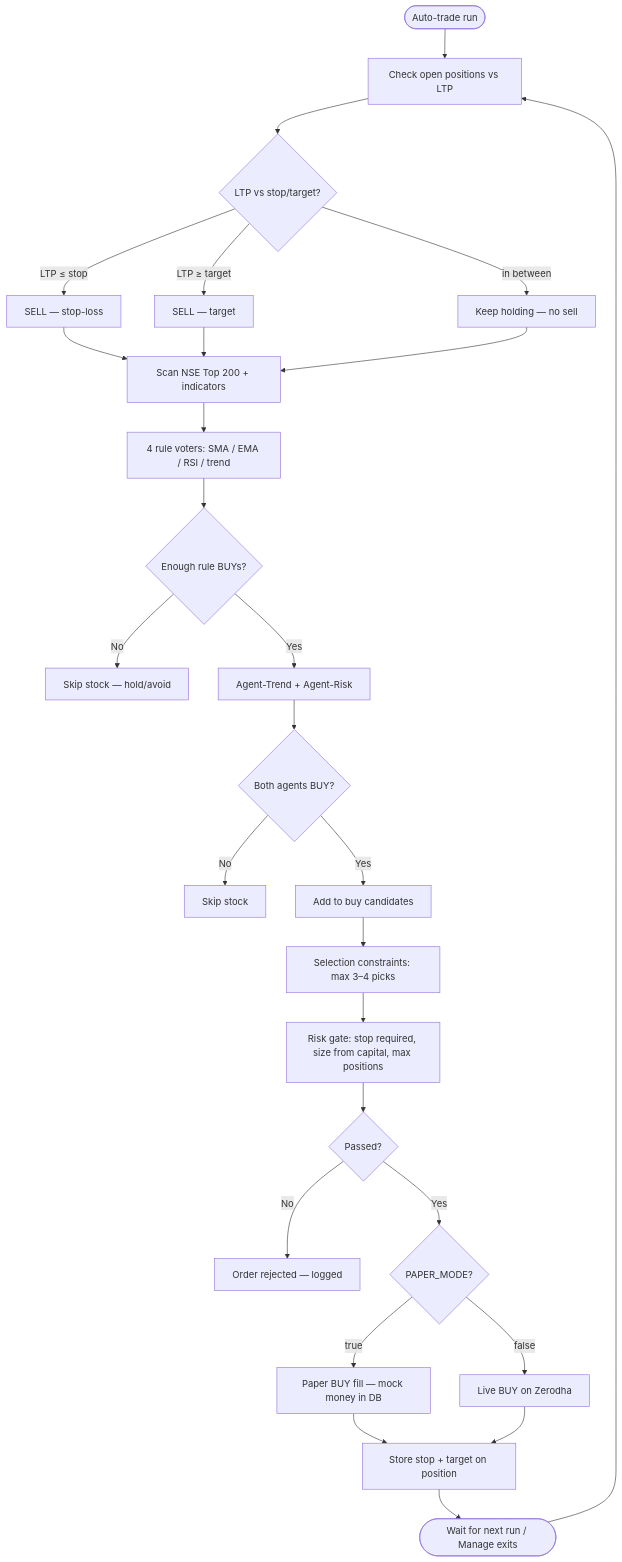
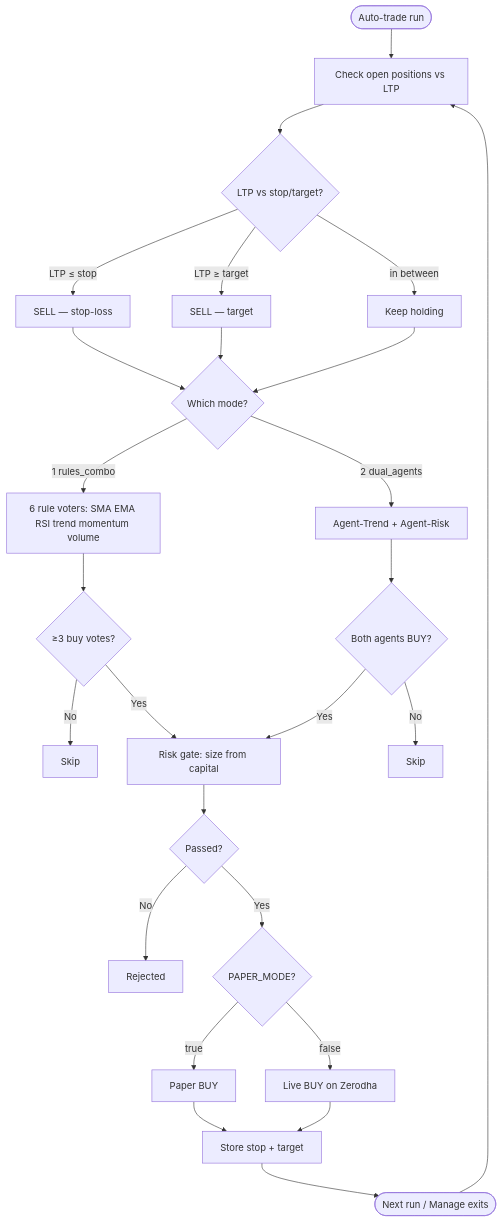
Before and after one commit to shaikssam65/NOT_BACKTEST: the first of 2 diagrams in README.md, drawn with Mermaid. The commit also changed other lines of this file and 12 other files, not shown here.

First line of the commit message:
Simplify to two strategies: rules_combo (6 voters) and dual_agents.

````diff
--- a/README.md
+++ b/README.md
@@ -29,29 +29,29 @@
 ```mermaid
 flowchart TD
   START([Auto-trade run]) --> EXITS[Check open positions vs LTP]
   EXITS --> HIT{LTP vs stop/target?}
   HIT -->|LTP ≤ stop| SELL_SL[SELL — stop-loss]
   HIT -->|LTP ≥ target| SELL_TG[SELL — target]
-  HIT -->|in between| HOLD[Keep holding — no sell]
-  SELL_SL --> SCAN
-  SELL_TG --> SCAN
-  HOLD --> SCAN
-  SCAN[Scan NSE Top 200 + indicators] --> RULES[4 rule voters: SMA / EMA / RSI / trend]
-  RULES --> TALLY{Enough rule BUYs?}
-  TALLY -->|No| SKIP1[Skip stock — hold/avoid]
-  TALLY -->|Yes| AGENTS[Agent-Trend + Agent-Risk]
-  AGENTS --> BOTH{Both agents BUY?}
-  BOTH -->|No| SKIP2[Skip stock]
-  BOTH -->|Yes| CAND[Add to buy candidates]
-  CAND --> PICK[Selection constraints: max 3–4 picks]
-  PICK --> RISK[Risk gate: stop required, size from capital, max positions]
-  RISK --> PASS{Passed?}
-  PASS -->|No| REJECT[Order rejected — logged]
-  PASS -->|Yes| MODE{PAPER_MODE?}
-  MODE -->|true| PAPER[Paper BUY fill — mock money in DB]
-  MODE -->|false| LIVE[Live BUY on Zerodha]
-  PAPER --> PLAN[Store stop + target on position]
-  LIVE --> PLAN
-  PLAN --> WAIT([Wait for next run / Manage exits])
+  HIT -->|in between| HOLD[Keep holding]
+  SELL_SL --> MODE
+  SELL_TG --> MODE
+  HOLD --> MODE
+  MODE{Which mode?}
+  MODE -->|1 rules_combo| R6[6 rule voters: SMA EMA RSI trend momentum volume]
+  R6 --> ROK{≥3 buy votes?}
+  ROK -->|No| SKIP1[Skip]
+  ROK -->|Yes| RISK
+  MODE -->|2 dual_agents| A2[Agent-Trend + Agent-Risk]
+  A2 --> AOK{Both agents BUY?}
+  AOK -->|No| SKIP2[Skip]
+  AOK -->|Yes| RISK
+  RISK[Risk gate: size from capital] --> PASS{Passed?}
+  PASS -->|No| REJECT[Rejected]
+  PASS -->|Yes| PAPER{PAPER_MODE?}
+  PAPER -->|true| PF[Paper BUY]
+  PAPER -->|false| LV[Live BUY on Zerodha]
+  PF --> PLAN[Store stop + target]
+  LV --> PLAN
+  PLAN --> WAIT([Next run / Manage exits])
   WAIT --> EXITS
 ```
````
